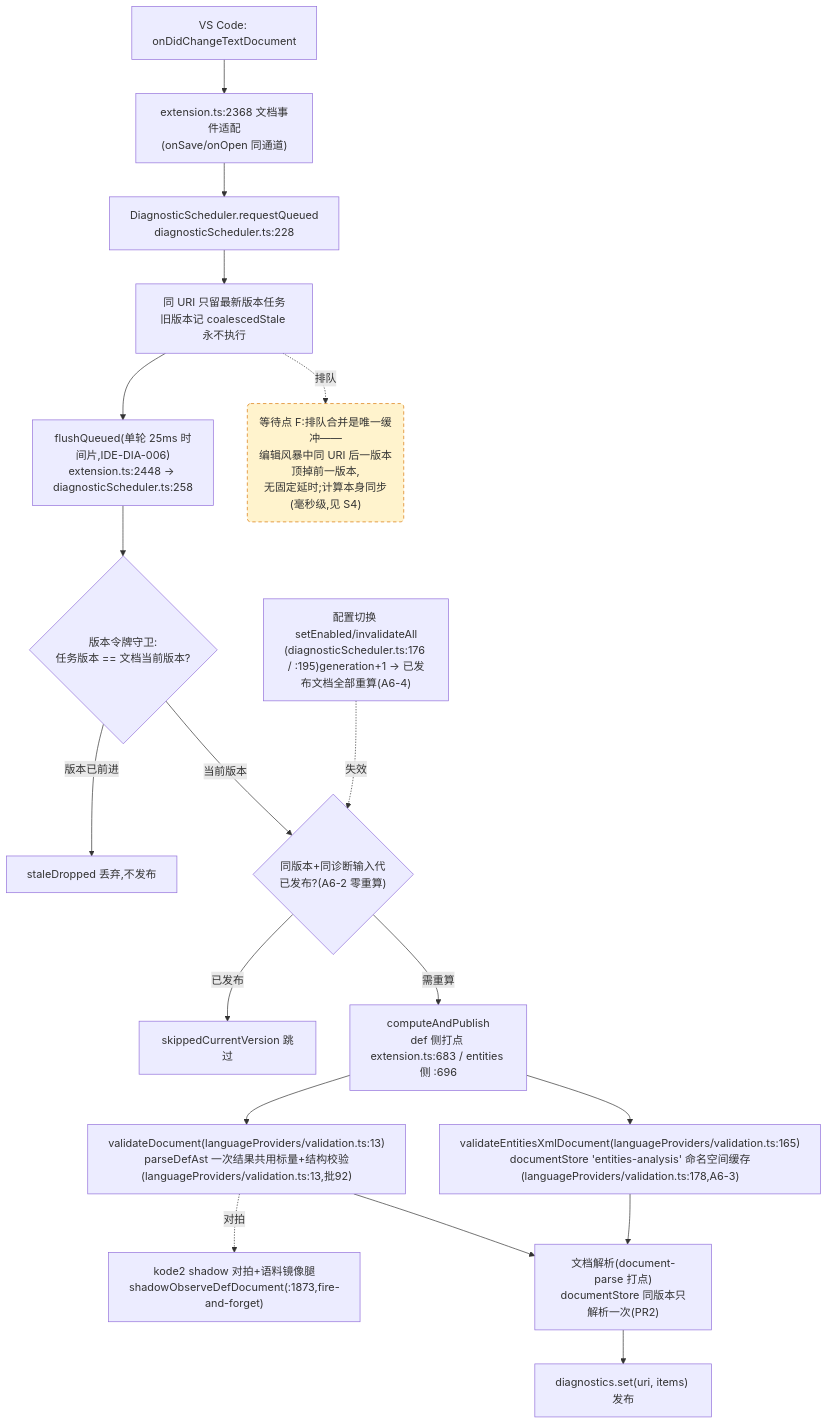
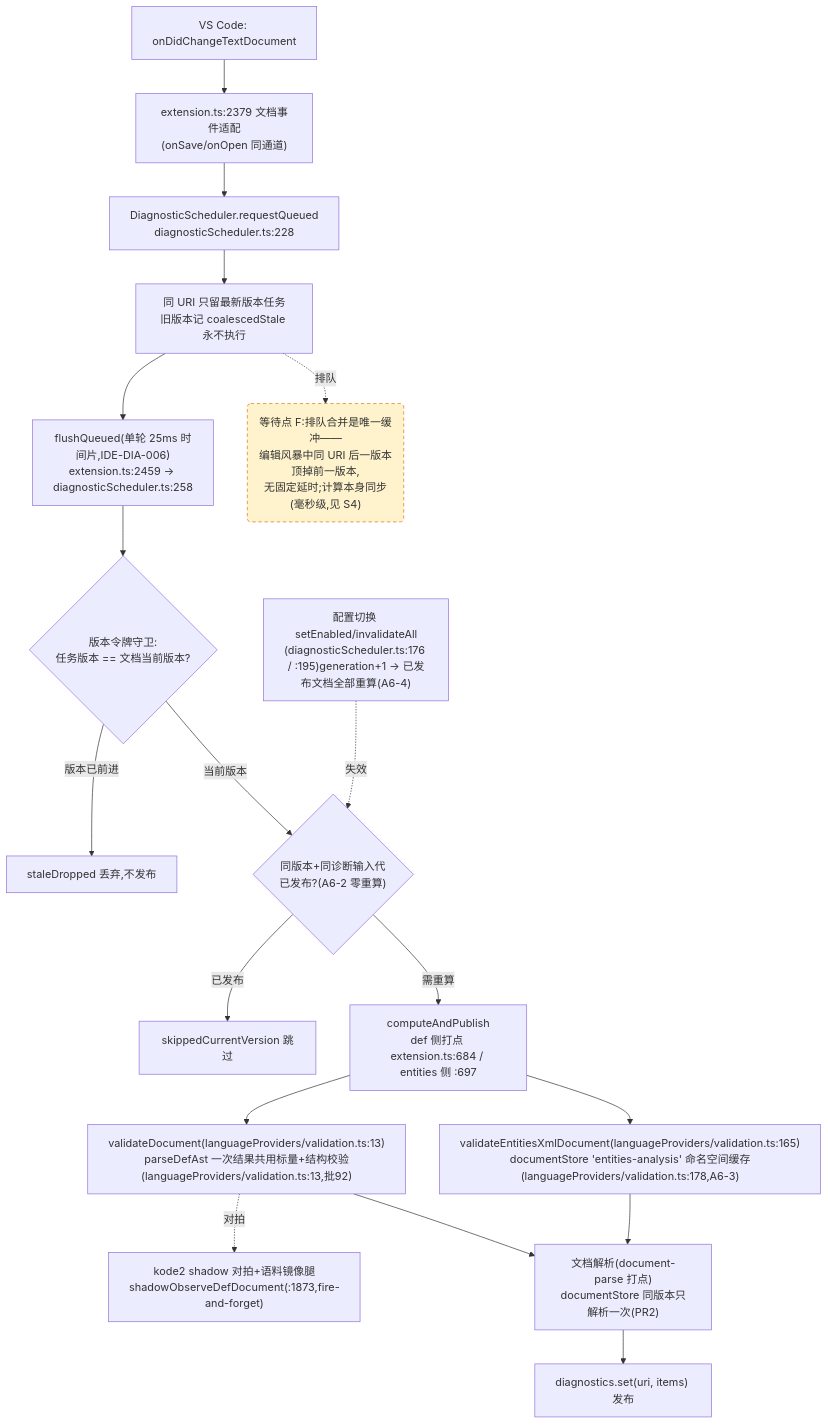
The fourth of 4 diagrams in docs/perf/2026-baseline.md (cuihairu/kode), drawn with Mermaid before and after one commit. The commit also changed other lines of this file and 16 other files, not shown here.

````diff
--- a/docs/perf/2026-baseline.md
+++ b/docs/perf/2026-baseline.md
@@ -214,38 +214,38 @@
 ```mermaid
 flowchart TD
   CHG["VS Code: onDidChangeTextDocument"]
-  WATCH["extension.ts:2368 文档事件适配<br/>(onSave/onOpen 同通道)"]
+  WATCH["extension.ts:2379 文档事件适配<br/>(onSave/onOpen 同通道)"]
   RQ["DiagnosticScheduler.requestQueued<br/>diagnosticScheduler.ts:228"]
   CO["同 URI 只留最新版本任务<br/>旧版本记 coalescedStale 永不执行"]
-  FL["flushQueued(单轮 25ms 时间片,IDE-DIA-006)<br/>extension.ts:2448 → diagnosticScheduler.ts:258"]
+  FL["flushQueued(单轮 25ms 时间片,IDE-DIA-006)<br/>extension.ts:2459 → diagnosticScheduler.ts:258"]
   VG{"版本令牌守卫:<br/>任务版本 == 文档当前版本?"}
   DROP["staleDropped 丢弃,不发布"]
   GEN{"同版本+同诊断输入代<br/>已发布?(A6-2 零重算)"}
   SKIP["skippedCurrentVersion 跳过"]
-  CALC["computeAndPublish<br/>def 侧打点 extension.ts:683 / entities 侧 :696"]
+  CALC["computeAndPublish<br/>def 侧打点 extension.ts:684 / entities 侧 :697"]
   VD["validateDocument(languageProviders/validation.ts:13)<br/>parseDefAst 一次结果共用标量+结构校验(languageProviders/validation.ts:13,批92)"]
   VEX["validateEntitiesXmlDocument(languageProviders/validation.ts:165)<br/>documentStore 'entities-analysis' 命名空间缓存(languageProviders/validation.ts:178,A6-3)"]
   SHDD["kode2 shadow 对拍+语料镜像腿<br/>shadowObserveDefDocument(:1873,fire-and-forget)"]
   DS["文档解析(document-parse 打点)<br/>documentStore 同版本只解析一次(PR2)"]
   PUB["diagnostics.set(uri, items) 发布"]
   CFG2["配置切换 setEnabled/invalidateAll<br/>(diagnosticScheduler.ts:176 / :195)generation+1 → 已发布文档全部重算(A6-4)"]
 
   CHG --> WATCH --> RQ --> CO --> FL --> VG
   VG -- "版本已前进" --> DROP
   VG -- "当前版本" --> GEN
   GEN -- "已发布" --> SKIP
   GEN -- "需重算" --> CALC
   CALC --> VD
   CALC --> VEX
   VD --> DS
   VEX --> DS
   DS --> PUB
   VD -.->|对拍| SHDD
   CFG2 -.->|失效| GEN
 
   WAITF("等待点 F:排队合并是唯一缓冲——<br/>编辑风暴中同 URI 后一版本顶掉前一版本,<br/>无固定延时;计算本身同步(毫秒级,见 S4)")
   CO -.->|排队| WAITF
 
   classDef waitPoint fill:#fff3cd,stroke:#d97706,stroke-dasharray:5 4;
   class WAITF waitPoint;
 ```
````
